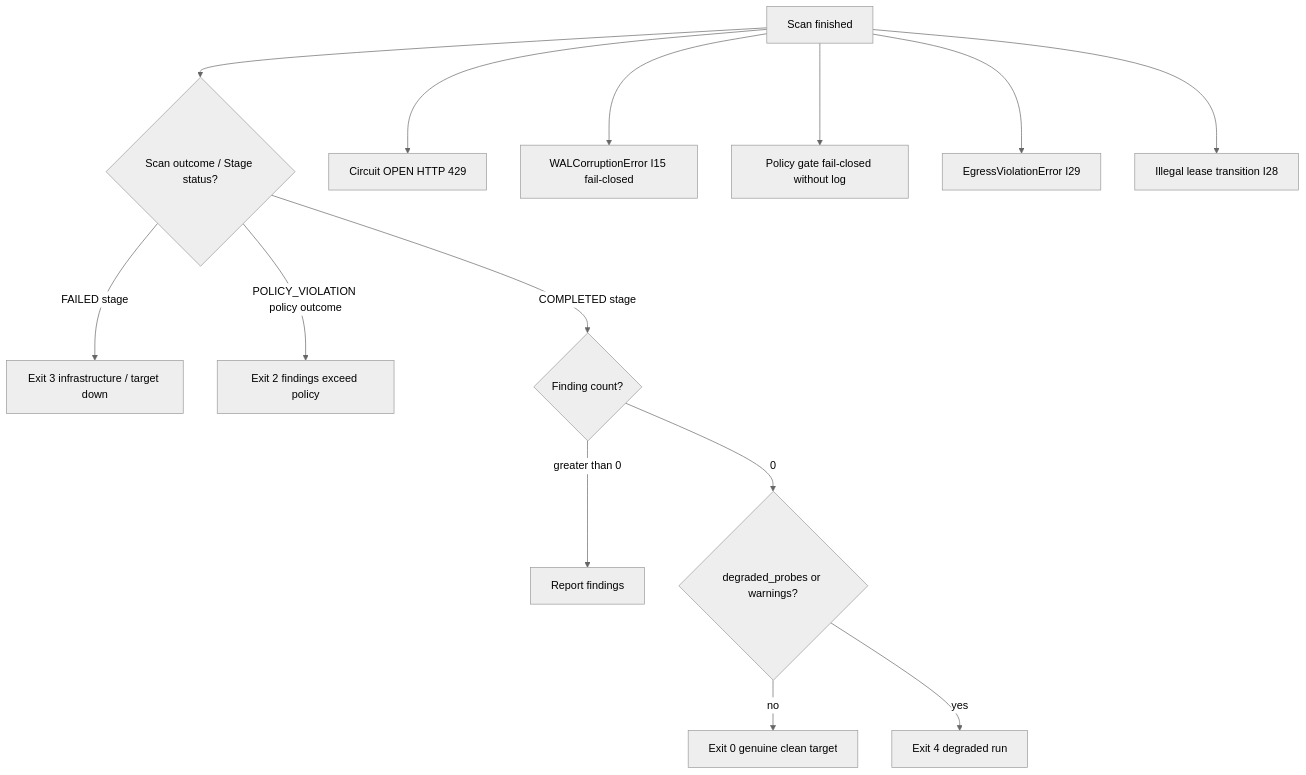
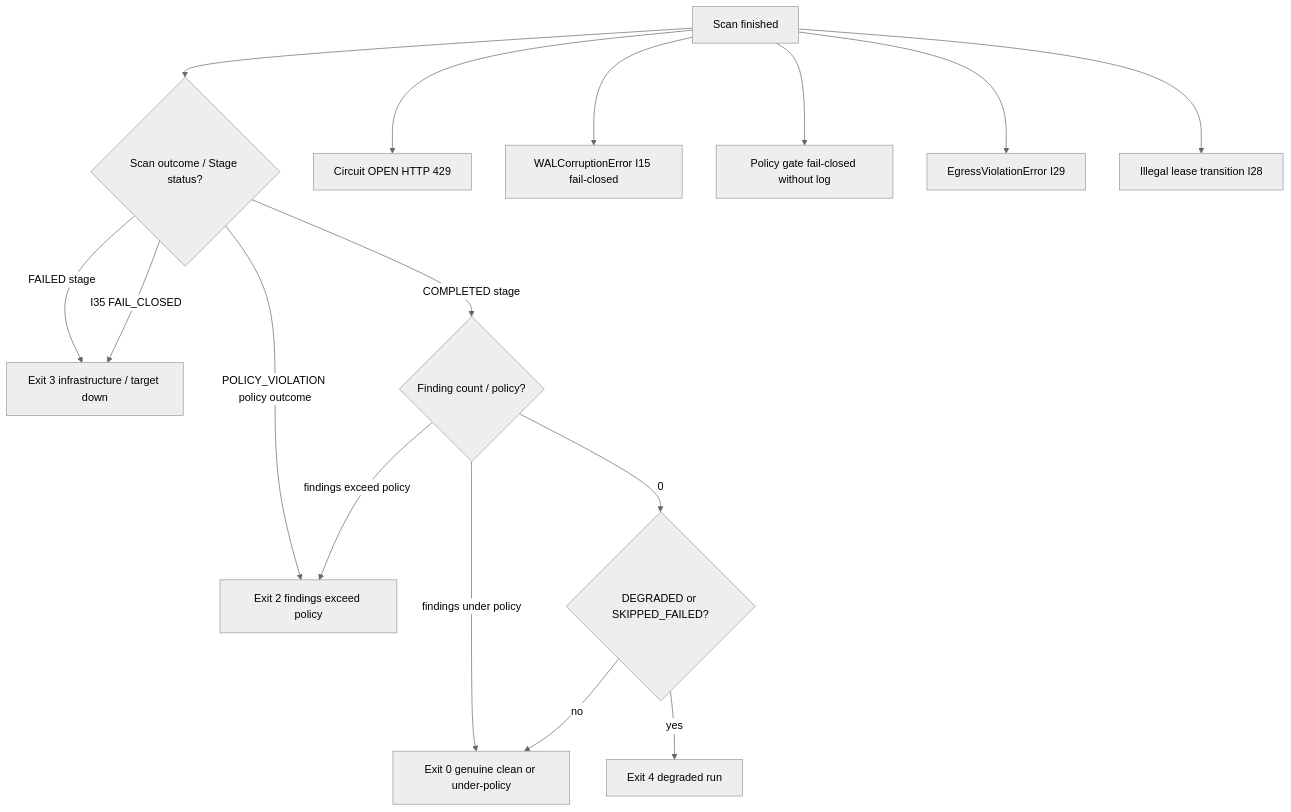
One commit to AviralGup7/Singularity-Zero changed the ninth of 16 diagrams in docs/flowchart.md. Above: the diagram before and after it, drawn with Mermaid (neutral theme). The commit also changed other lines of this file, not shown here.

Commit message:
docs(flowchart): atlas matches per-stage admit, report join, I35 execute, HMAC receipt

````diff
--- a/docs/flowchart.md
+++ b/docs/flowchart.md
@@ -356,16 +362,18 @@
 ```mermaid
 flowchart TD
     Run["Scan finished"] --> Q1{"Scan outcome / Stage status?"}
     Q1 -->|FAILED stage| Infra["Exit 3 infrastructure / target down"]
     Q1 -->|POLICY_VIOLATION policy outcome| Vuln["Exit 2 findings exceed policy"]
-    Q1 -->|COMPLETED stage| Q2{"Finding count?"}
-    Q2 -->|greater than 0| Report["Report findings"]
-    Q2 -->|0| Q3{"degraded_probes or warnings?"}
-    Q3 -->|no| Clean["Exit 0 genuine clean target"]
+    Q1 -->|COMPLETED stage| Q2{"Finding count / policy?"}
+    Q2 -->|findings under policy| Clean["Exit 0 genuine clean or under-policy"]
+    Q2 -->|findings exceed policy| Vuln
+    Q2 -->|0| Q3{"DEGRADED or SKIPPED_FAILED?"}
+    Q3 -->|no| Clean
     Q3 -->|yes| Deg["Exit 4 degraded run"]
+    Q1 -->|I35 FAIL_CLOSED| Infra
     Run --> CB["Circuit OPEN HTTP 429"]
     Run --> WAL["WALCorruptionError I15 fail-closed"]
     Run --> Pol["Policy gate fail-closed without log"]
     Run --> Egress["EgressViolationError I29"]
     Run --> Lease["Illegal lease transition I28"]
 ```
````
